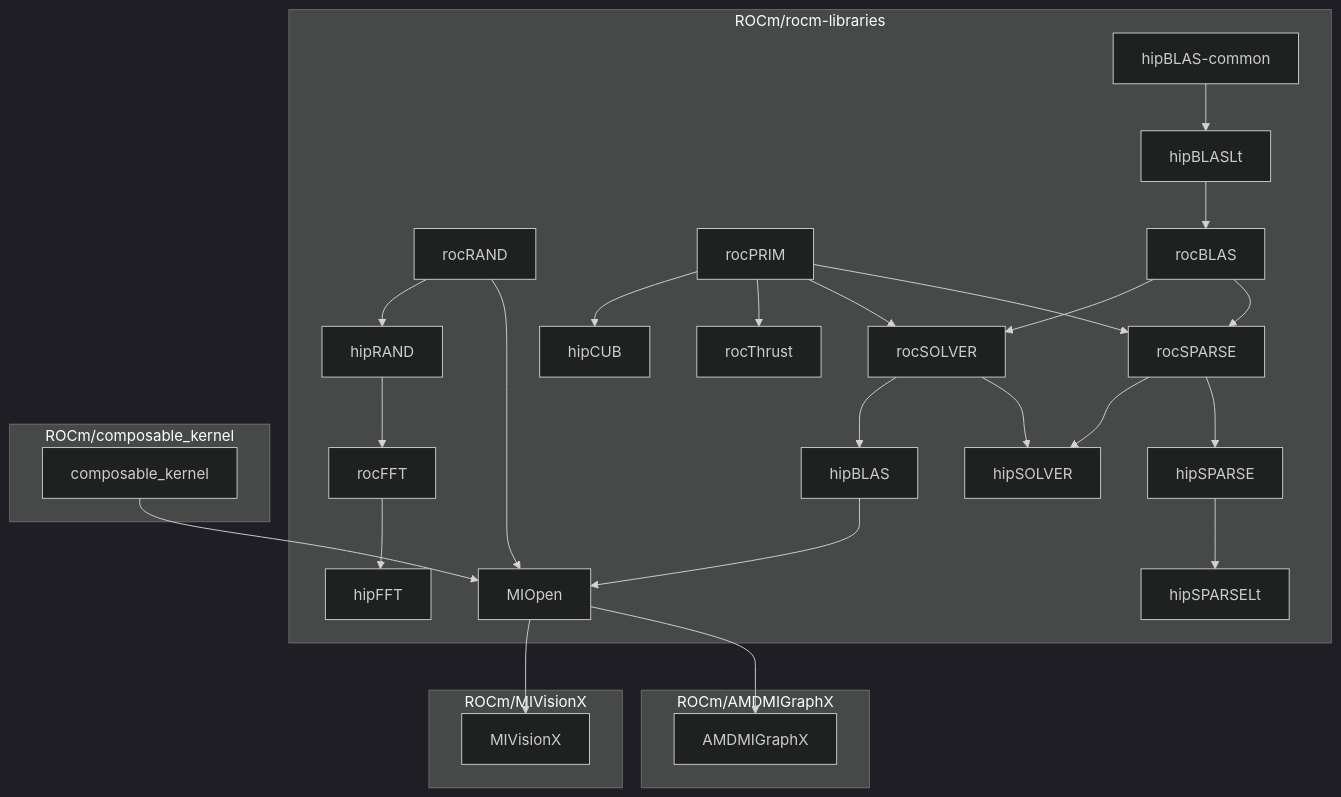
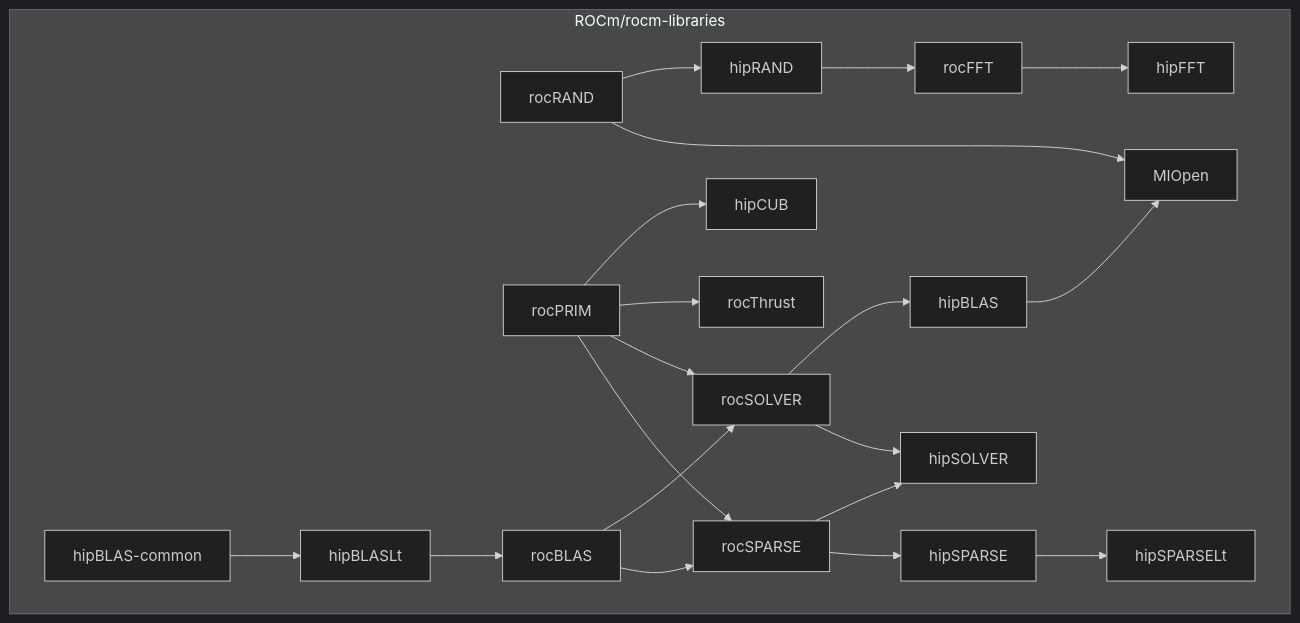
One commit to robotchaoX/rocm-libraries changed the diagram in docs/continuous-integration.md. Above: the diagram before and after it, drawn with Mermaid (dark theme). The commit also changed other lines of this file, not shown here.

````diff
--- a/docs/continuous-integration.md
+++ b/docs/continuous-integration.md
@@ -94,53 +94,41 @@
 ```mermaid
 graph TD;
   subgraph ROCm/rocm-libraries
     rocRAND
     hipRAND
     rocFFT
     hipFFT
     rocPRIM
     hipCUB
     rocThrust
     hipBLAS-common
     hipBLASLt
     rocBLAS
     rocSOLVER
     rocSPARSE
     hipBLAS
     hipSOLVER
     hipSPARSE
     MIOpen
     hipSPARSELt
   end
-  subgraph ROCm/MIVisionX
-    MIVisionX
-  end
-  subgraph ROCm/AMDMIGraphX
-    AMDMIGraphX
-  end
-  subgraph ROCm/composable_kernel
-    composable_kernel
-  end
 
   rocRAND-->hipRAND
   rocRAND-->MIOpen
   hipRAND-->rocFFT
   rocFFT-->hipFFT
   rocPRIM-->hipCUB
   rocPRIM-->rocThrust
   rocPRIM-->rocSOLVER
   rocPRIM-->rocSPARSE
   hipBLAS-common-->hipBLASLt
   hipBLASLt-->rocBLAS
   rocBLAS-->rocSOLVER
   rocBLAS-->rocSPARSE
   rocSOLVER-->hipBLAS
   rocSOLVER-->hipSOLVER
   rocSPARSE-->hipSOLVER
   rocSPARSE-->hipSPARSE
   hipBLAS-->MIOpen
   hipSPARSE-->hipSPARSELt
-  MIOpen-->MIVisionX
-  MIOpen-->AMDMIGraphX
-  composable_kernel-->MIOpen
 ```
````
